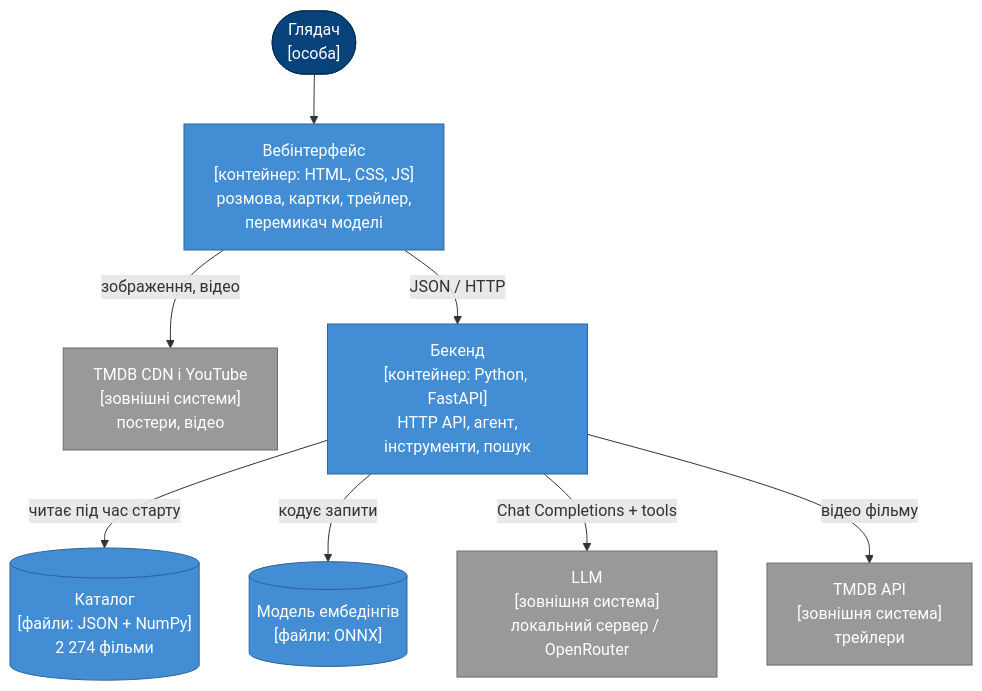
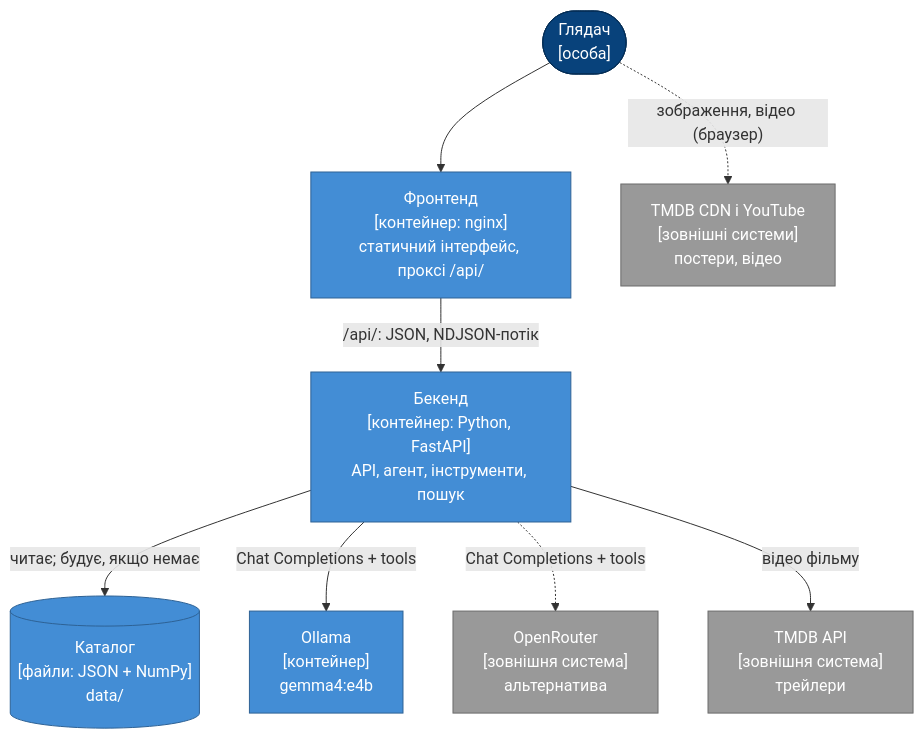
One commit to woldemarg/movie_rs changed the second of 4 diagrams in docs/01-overview.md. Above: the diagram before and after it, drawn with Mermaid. The commit also changed other lines of this file and 15 other files, not shown here.

````diff
--- a/docs/01-overview.md
+++ b/docs/01-overview.md
@@ -45,26 +46,26 @@
 ```mermaid
 flowchart TB
     viewer(["Глядач<br/>[особа]"])
-    ui["Вебінтерфейс<br/>[контейнер: HTML, CSS, JS]<br/>розмова, картки, трейлер,<br/>перемикач моделі"]
+    frontend["Фронтенд<br/>[контейнер: nginx]<br/>статичний інтерфейс, проксі /api/"]
     media["TMDB CDN і YouTube<br/>[зовнішні системи]<br/>постери, відео"]
-    api["Бекенд<br/>[контейнер: Python, FastAPI]<br/>HTTP API, агент,<br/>інструменти, пошук"]
-    data[("Каталог<br/>[файли: JSON + NumPy]<br/>2 274 фільми")]
-    model[("Модель ембедінгів<br/>[файли: ONNX]")]
-    llm["LLM<br/>[зовнішня система]<br/>локальний сервер / OpenRouter"]
+    backend["Бекенд<br/>[контейнер: Python, FastAPI]<br/>API, агент, інструменти, пошук"]
+    data[("Каталог<br/>[файли: JSON + NumPy]<br/>data/")]
+    ollama["Ollama<br/>[контейнер]<br/>gemma4:e4b"]
+    or["OpenRouter<br/>[зовнішня система]<br/>альтернатива"]
     tmdb["TMDB API<br/>[зовнішня система]<br/>трейлери"]
 
-    viewer --> ui
-    ui -- "JSON / HTTP" --> api
-    ui -- "зображення, відео" --> media
-    api -- "читає під час старту" --> data
-    api -- "кодує запити" --> model
-    api -- "Chat Completions + tools" --> llm
-    api -- "відео фільму" --> tmdb
+    viewer --> frontend
+    frontend -- "/api/: JSON, NDJSON-потік" --> backend
+    viewer -. "зображення, відео (браузер)" .-> media
+    backend -- "читає; будує, якщо немає" --> data
+    backend -- "Chat Completions + tools" --> ollama
+    backend -. "Chat Completions + tools" .-> or
+    backend -- "відео фільму" --> tmdb
 
     classDef person fill:#08427b,color:#fff,stroke:#052e56
     classDef container fill:#438dd5,color:#fff,stroke:#2e6295
     classDef external fill:#999,color:#fff,stroke:#6b6b6b
     class viewer person
-    class ui,api,data,model container
-    class media,llm,tmdb external
+    class frontend,backend,data,ollama container
+    class media,or,tmdb external
 ```
````
